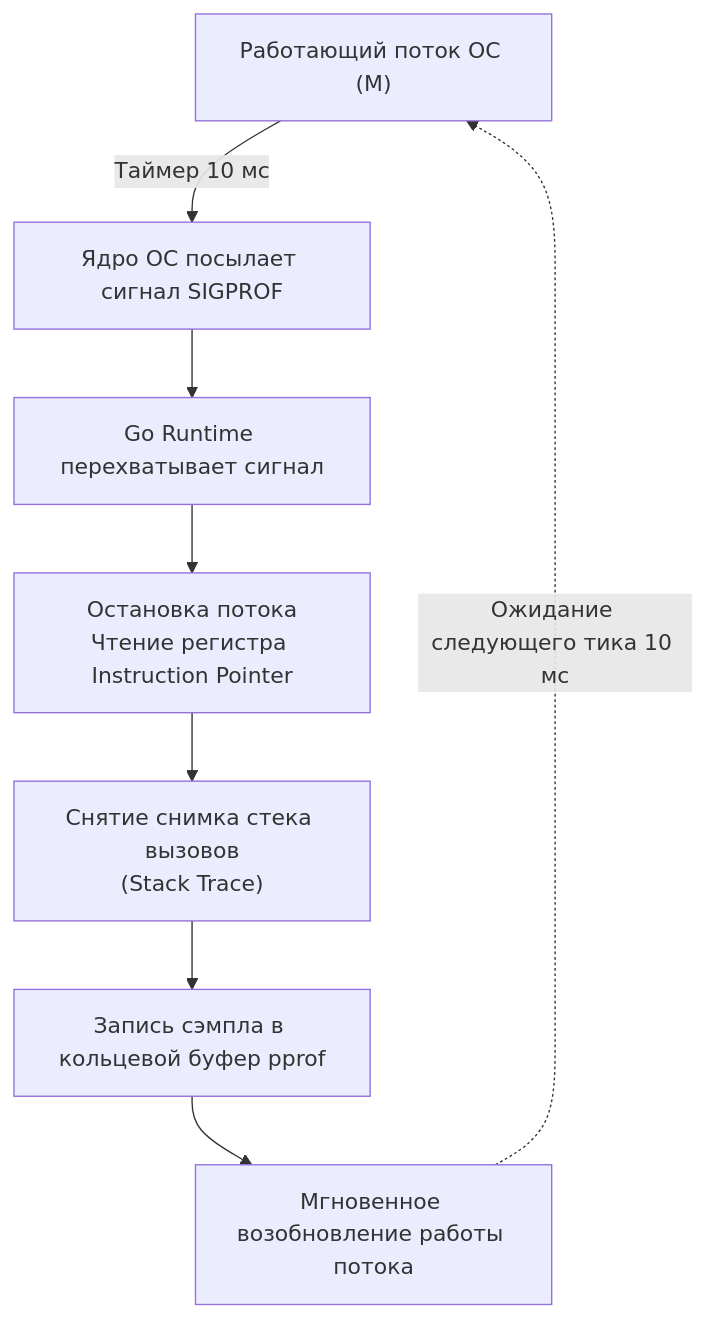
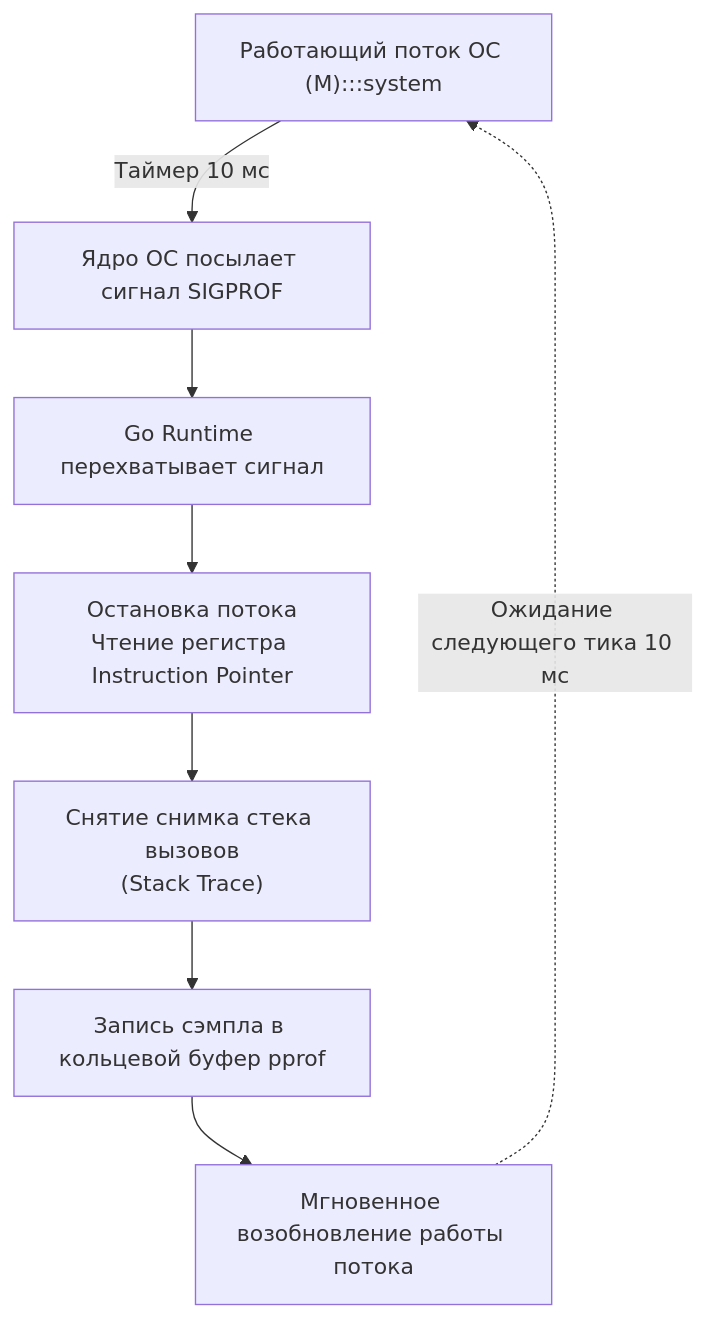
Before and after one commit to UnrealTemplier/go-textbook: the first of 2 diagrams in sources/16. Профилирование, отладка и производительность/10. Highload/2. Profiling в production.md, drawn with Mermaid. The commit also changed other lines of this file and 1666 other files, not shown here.

First line of the commit message:
feat(mermaid): add semantic color classDef to 1369 colorless flowchart/graph diagrams

````diff
--- a/sources/16. Профилирование, отладка и производительность/10. Highload/2. Profiling в production.md
+++ b/sources/16. Профилирование, отладка и производительность/10. Highload/2. Profiling в production.md
@@ -21,10 +21,20 @@
 ```mermaid
 flowchart TD
-    A["Работающий поток ОС (M)"] -->|Таймер 10 мс| B["Ядро ОС посылает сигнал SIGPROF"]
+    classDef process  fill:#1e293b,stroke:#38bdf8,stroke-width:1px,color:#f8fafc
+    classDef success  fill:#064e3b,stroke:#34d399,stroke-width:1px,color:#f8fafc
+    classDef error    fill:#7f1d1d,stroke:#f87171,stroke-width:1px,color:#f8fafc
+    classDef warning  fill:#78350f,stroke:#fbbf24,stroke-width:1px,color:#f8fafc
+    classDef entry    fill:#1e3a5f,stroke:#38bdf8,stroke-width:2px,color:#f8fafc
+    classDef aux      fill:#334155,stroke:#64748b,stroke-width:1px,color:#f8fafc
+    classDef system   fill:#312e81,stroke:#a78bfa,stroke-width:1px,color:#f8fafc
+    classDef data     fill:#132d29,stroke:#2dd4bf,stroke-width:1px,color:#f8fafc
+    classDef network  fill:#881337,stroke:#fb7185,stroke-width:1px,color:#f8fafc
+    classDef accent   fill:#1e1b4b,stroke:#818cf8,stroke-width:1px,color:#f8fafc
+    A["Работающий поток ОС (M):::system"] -->|Таймер 10 мс| B["Ядро ОС посылает сигнал SIGPROF"]
     B --> C["Go Runtime перехватывает сигнал"]
     C --> D["Остановка потока<br/>Чтение регистра Instruction Pointer"]
     D --> E["Снятие снимка стека вызовов<br/>(Stack Trace)"]
     E --> F["Запись сэмпла в кольцевой буфер pprof"]
     F --> G["Мгновенное возобновление работы потока"]
     G -.->|Ожидание следующего тика 10 мс| A
 ```
````
